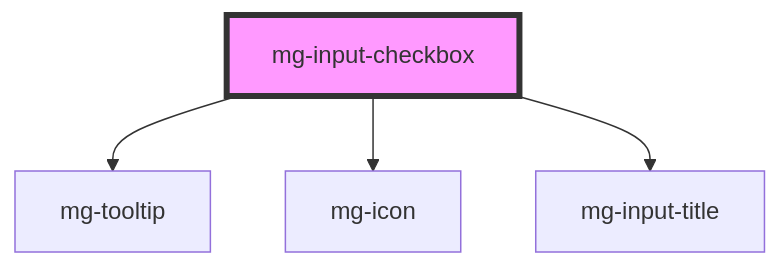
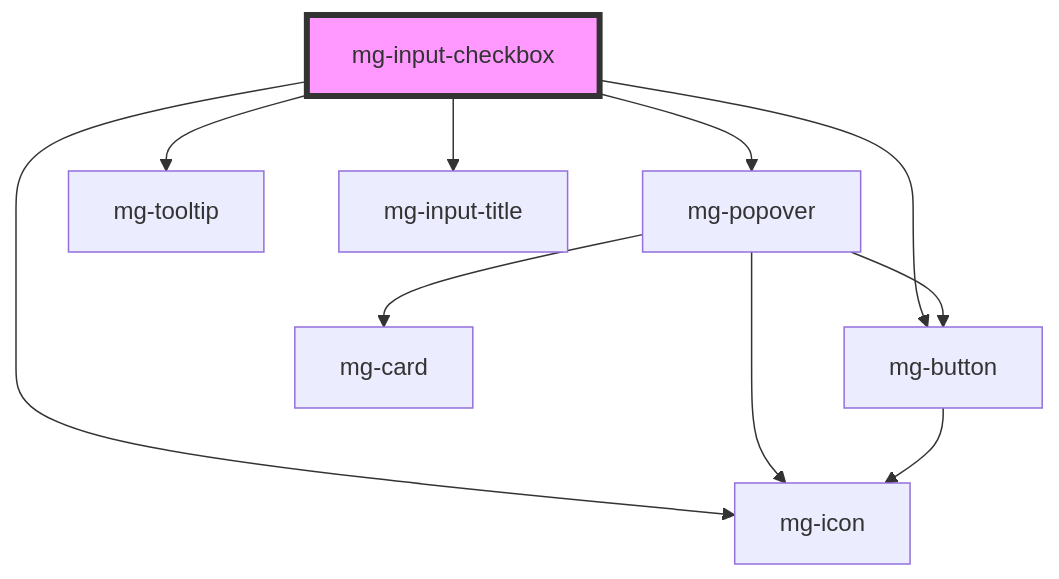
The diagram in packages/mg-components/src/components/molecules/inputs/mg-input-checkbox/readme.md (MGDIS/core-ui), drawn with Mermaid before and after one commit. The commit also changed other lines of this file and 71 other files, not shown here.

First line of the commit message:
feat(mgInputCheckbox): add multi type with basic behaviors

````diff
--- a/packages/mg-components/src/components/molecules/inputs/mg-input-checkbox/readme.md
+++ b/packages/mg-components/src/components/molecules/inputs/mg-input-checkbox/readme.md
@@ -77,7 +75,13 @@
 ```mermaid
 graph TD;
+  mg-input-checkbox --> mg-popover
+  mg-input-checkbox --> mg-button
+  mg-input-checkbox --> mg-icon
   mg-input-checkbox --> mg-tooltip
-  mg-input-checkbox --> mg-icon
   mg-input-checkbox --> mg-input-title
+  mg-popover --> mg-card
+  mg-popover --> mg-button
+  mg-popover --> mg-icon
+  mg-button --> mg-icon
   style mg-input-checkbox fill:#f9f,stroke:#333,stroke-width:4px
 ```
````
